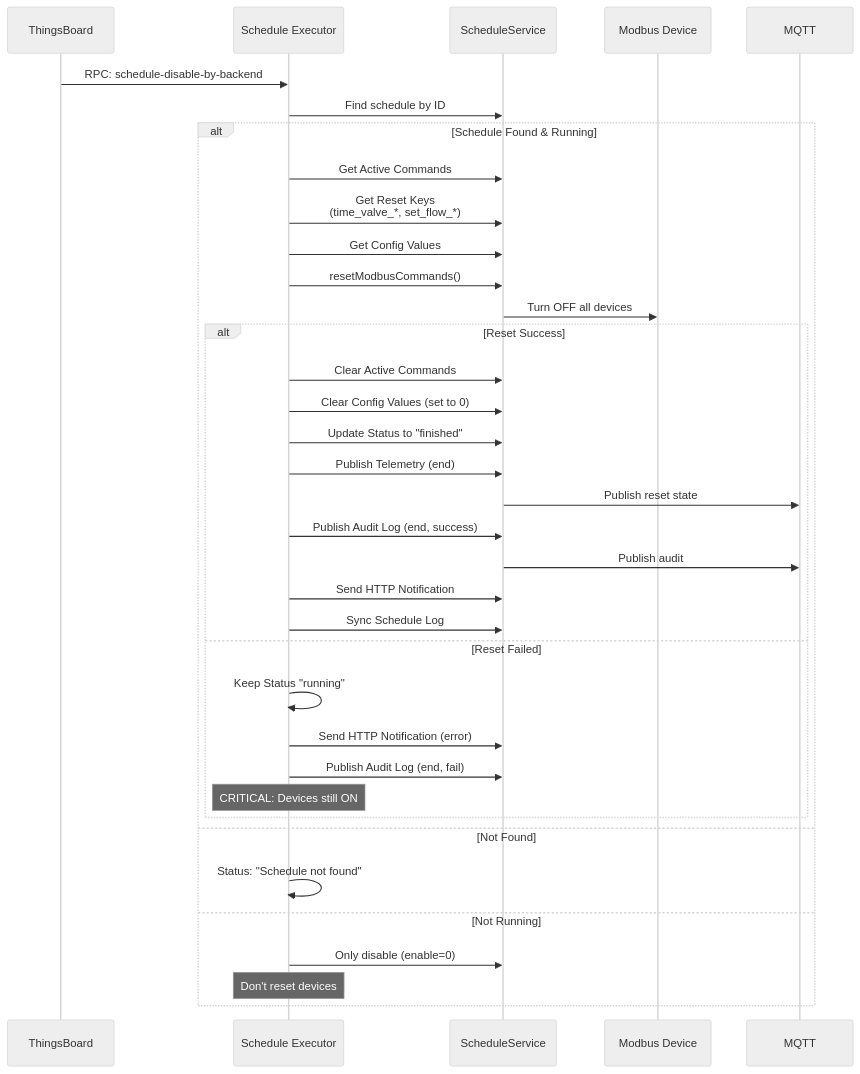
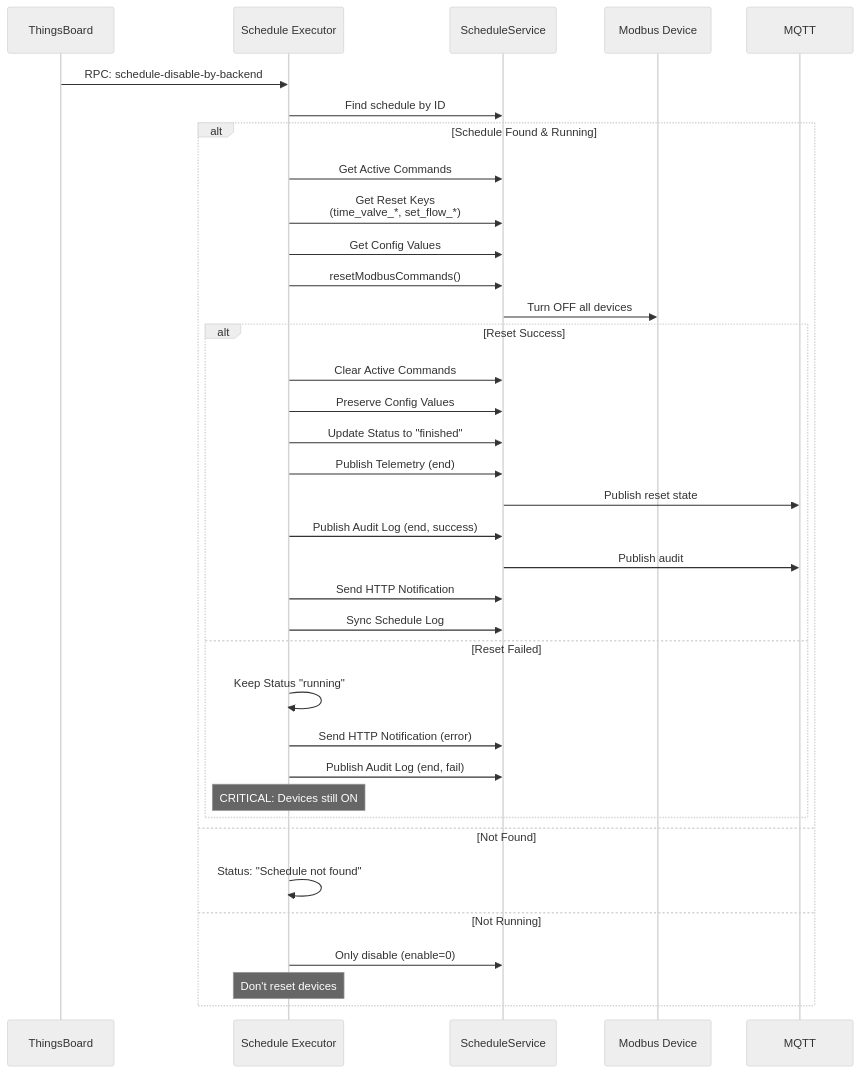
Before and after one commit to VIIS-IOT/viis-node-red: the seventh of 19 diagrams in src/modules/viis-schedule-executor/docs/FLOW-DOCUMENTATION.md, drawn with Mermaid (neutral theme). The commit also changed other lines of this file and 16 other files, not shown here.

````diff
--- a/src/modules/viis-schedule-executor/docs/FLOW-DOCUMENTATION.md
+++ b/src/modules/viis-schedule-executor/docs/FLOW-DOCUMENTATION.md
@@ -617,45 +621,45 @@
 ```mermaid
 sequenceDiagram
     participant TB as ThingsBoard
     participant Node as Schedule Executor
     participant Service as ScheduleService
     participant Modbus as Modbus Device
     participant MQTT as MQTT
-    
+
     TB->>Node: RPC: schedule-disable-by-backend
     Node->>Service: Find schedule by ID
-    
+
     alt Schedule Found & Running
         Node->>Service: Get Active Commands
         Node->>Service: Get Reset Keys<br/>(time_valve_*, set_flow_*)
         Node->>Service: Get Config Values
-        
+
         Node->>Service: resetModbusCommands()
         Service->>Modbus: Turn OFF all devices
-        
+
         alt Reset Success
             Node->>Service: Clear Active Commands
-            Node->>Service: Clear Config Values (set to 0)
+            Node->>Service: Preserve Config Values
             Node->>Service: Update Status to "finished"
-            
+
             Node->>Service: Publish Telemetry (end)
             Service->>MQTT: Publish reset state
-            
+
             Node->>Service: Publish Audit Log (end, success)
             Service->>MQTT: Publish audit
-            
+
             Node->>Service: Send HTTP Notification
             Node->>Service: Sync Schedule Log
         else Reset Failed
             Node->>Node: Keep Status "running"
             Node->>Service: Send HTTP Notification (error)
             Node->>Service: Publish Audit Log (end, fail)
             Note over Node: CRITICAL: Devices still ON
         end
     else Not Found
         Node->>Node: Status: "Schedule not found"
     else Not Running
         Node->>Service: Only disable (enable=0)
         Note over Node: Don't reset devices
     end
 ```
````
